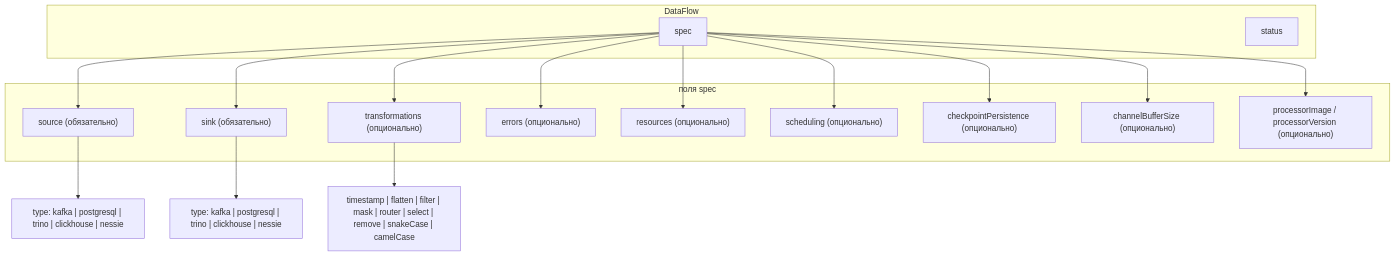
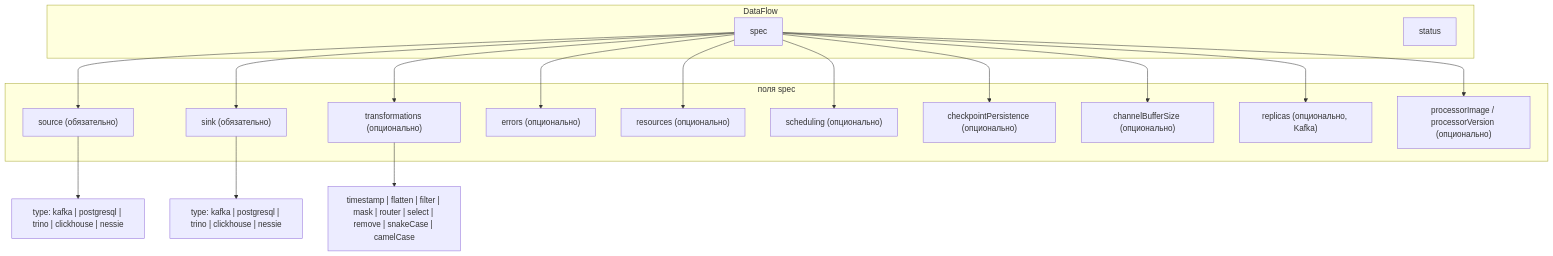
Before and after one commit to dataflow-operator/docs: the second of 5 diagrams in docs/ru/architecture.md, drawn with Mermaid. The commit also changed other lines of this file and 5 other files, not shown here.

````diff
--- a/docs/ru/architecture.md
+++ b/docs/ru/architecture.md
@@ -70,33 +71,35 @@
 ```mermaid
 flowchart TB
   subgraph DataFlow["DataFlow"]
     Spec["spec"]
     Status["status"]
   end
 
   subgraph SpecFields["поля spec"]
     Source["source (обязательно)"]
     Sink["sink (обязательно)"]
     Trans["transformations (опционально)"]
     Errors["errors (опционально)"]
     Resources["resources (опционально)"]
     Scheduling["scheduling (опционально)"]
     Checkpoint["checkpointPersistence (опционально)"]
     ChannelBuffer["channelBufferSize (опционально)"]
+    Replicas["replicas (опционально, Kafka)"]
     Image["processorImage / processorVersion (опционально)"]
   end
 
   Source --> SourceTypes["type: kafka | postgresql | trino | clickhouse | nessie"]
   Sink --> SinkTypes["type: kafka | postgresql | trino | clickhouse | nessie"]
   Trans --> TransTypes["timestamp | flatten | filter | mask | router | select | remove | snakeCase | camelCase"]
 
   Spec --> Source
   Spec --> Sink
   Spec --> Trans
   Spec --> Errors
   Spec --> Resources
   Spec --> Scheduling
   Spec --> Checkpoint
   Spec --> ChannelBuffer
+  Spec --> Replicas
   Spec --> Image
 ```
````
